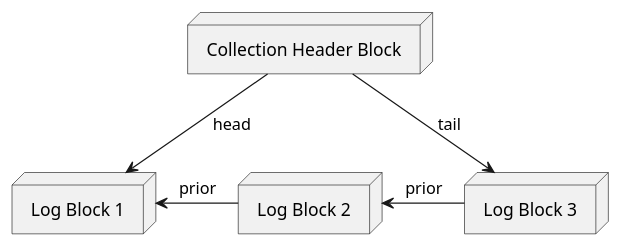
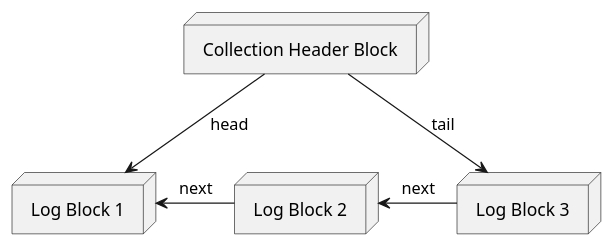
The diagram in doc/figures/collection-log.puml (gotchoices/votetorrent), drawn with PlantUML before and after one commit. The commit also changed 38 other files, not shown here.

```diff
--- a/doc/figures/collection-log.puml
+++ b/doc/figures/collection-log.puml
@@ -1,14 +1,14 @@
 @startuml
 
 node "Collection Header Block" as CollectionHeaderBlock
 
 node "Log Block 1" as LogBlock1
 node "Log Block 2" as LogBlock2
 node "Log Block 3" as LogBlock3
 
 CollectionHeaderBlock --> LogBlock3 : tail
 CollectionHeaderBlock --> LogBlock1 : head
-LogBlock1 <- LogBlock2 : prior
-LogBlock2 <- LogBlock3 : prior
+LogBlock1 <- LogBlock2 : next
+LogBlock2 <- LogBlock3 : next
 
 @enduml
```
